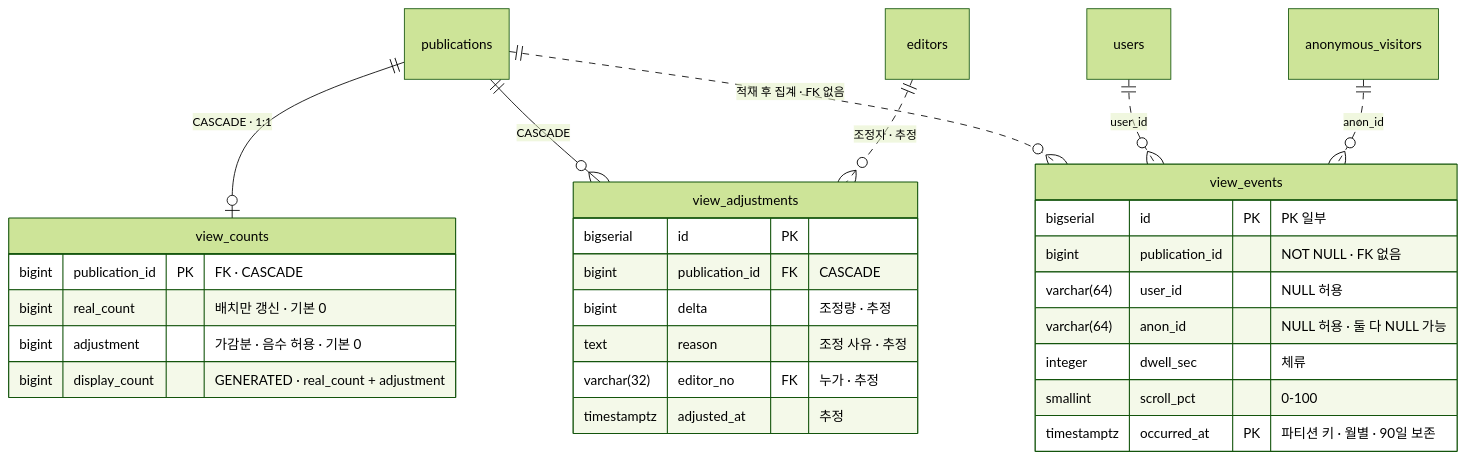
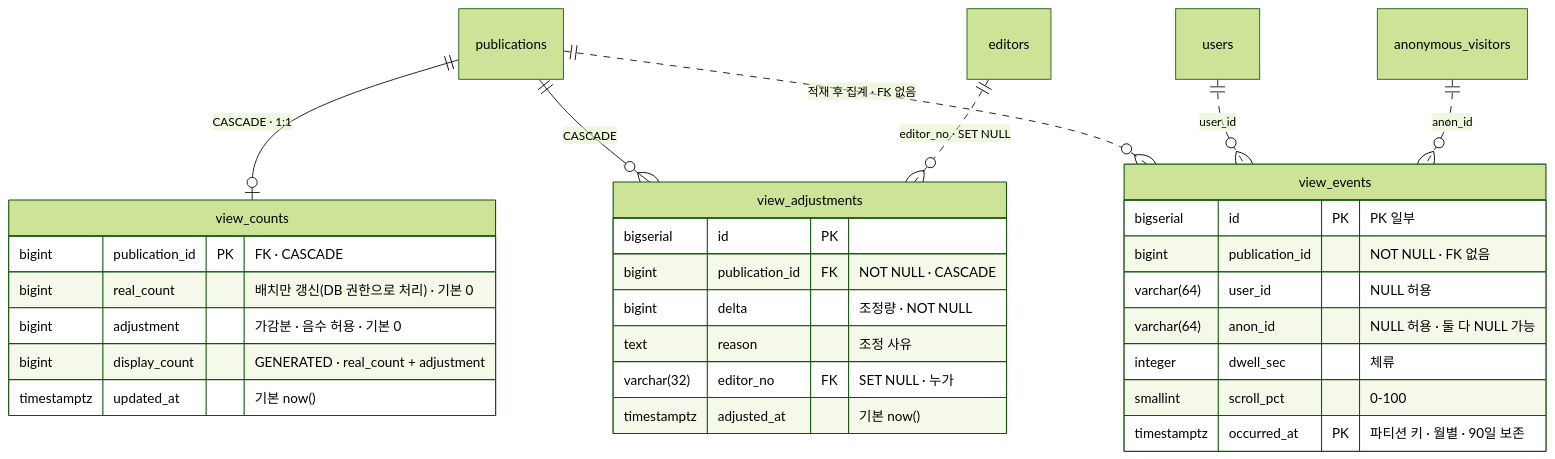
The diagram in docs/architecture/lens-erd-src/08-views.mmd (sedaily-ai/AILENS), drawn with Mermaid (forest theme) before and after one commit. The commit also changed 14 other files, not shown here.

First line of the commit message:
docs(db): 원본 lens_schema.sql 확보 후 ERD 전체 대조·정정

```diff
--- a/docs/architecture/lens-erd-src/08-views.mmd
+++ b/docs/architecture/lens-erd-src/08-views.mmd
@@ -1,31 +1,32 @@
 erDiagram
   view_events {
     bigserial id PK "PK 일부"
     bigint publication_id "NOT NULL · FK 없음"
     varchar(64) user_id "NULL 허용"
     varchar(64) anon_id "NULL 허용 · 둘 다 NULL 가능"
     integer dwell_sec "체류"
     smallint scroll_pct "0-100"
     timestamptz occurred_at PK "파티션 키 · 월별 · 90일 보존"
   }
   view_counts {
     bigint publication_id PK "FK · CASCADE"
-    bigint real_count "배치만 갱신 · 기본 0"
+    bigint real_count "배치만 갱신(DB 권한으로 처리) · 기본 0"
     bigint adjustment "가감분 · 음수 허용 · 기본 0"
     bigint display_count "GENERATED · real_count + adjustment"
+    timestamptz updated_at "기본 now()"
   }
   view_adjustments {
     bigserial id PK
-    bigint publication_id FK "CASCADE"
-    bigint delta "조정량 · 추정"
-    text reason "조정 사유 · 추정"
-    varchar(32) editor_no FK "누가 · 추정"
-    timestamptz adjusted_at "추정"
+    bigint publication_id FK "NOT NULL · CASCADE"
+    bigint delta "조정량 · NOT NULL"
+    text reason "조정 사유"
+    varchar(32) editor_no FK "SET NULL · 누가"
+    timestamptz adjusted_at "기본 now()"
   }
 
   publications ||--o| view_counts : "CASCADE · 1:1"
   publications ||--o{ view_adjustments : "CASCADE"
   publications ||..o{ view_events : "적재 후 집계 · FK 없음"
   users ||..o{ view_events : "user_id"
   anonymous_visitors ||..o{ view_events : "anon_id"
-  editors ||..o{ view_adjustments : "조정자 · 추정"
+  editors ||..o{ view_adjustments : "editor_no · SET NULL"
```
